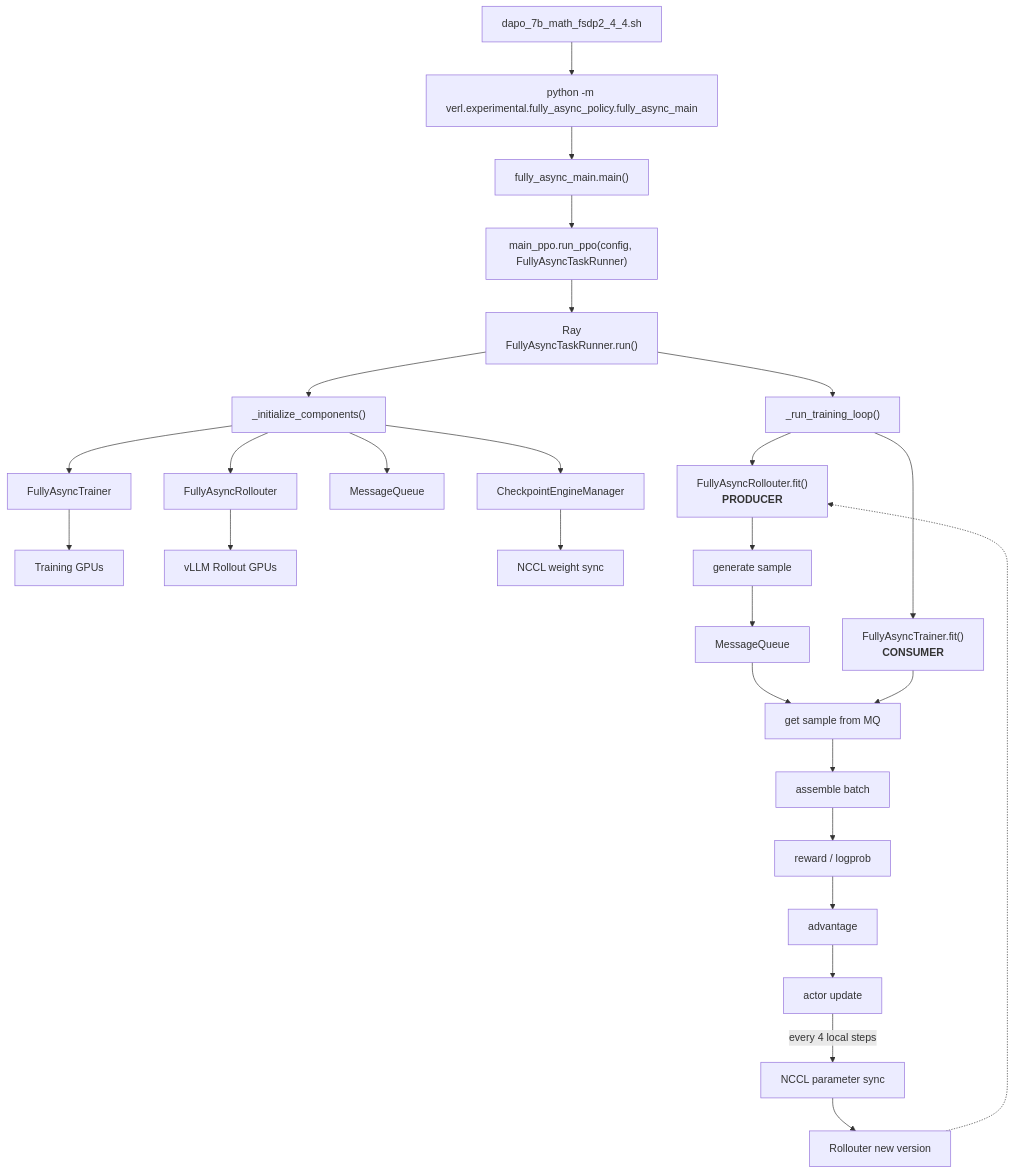
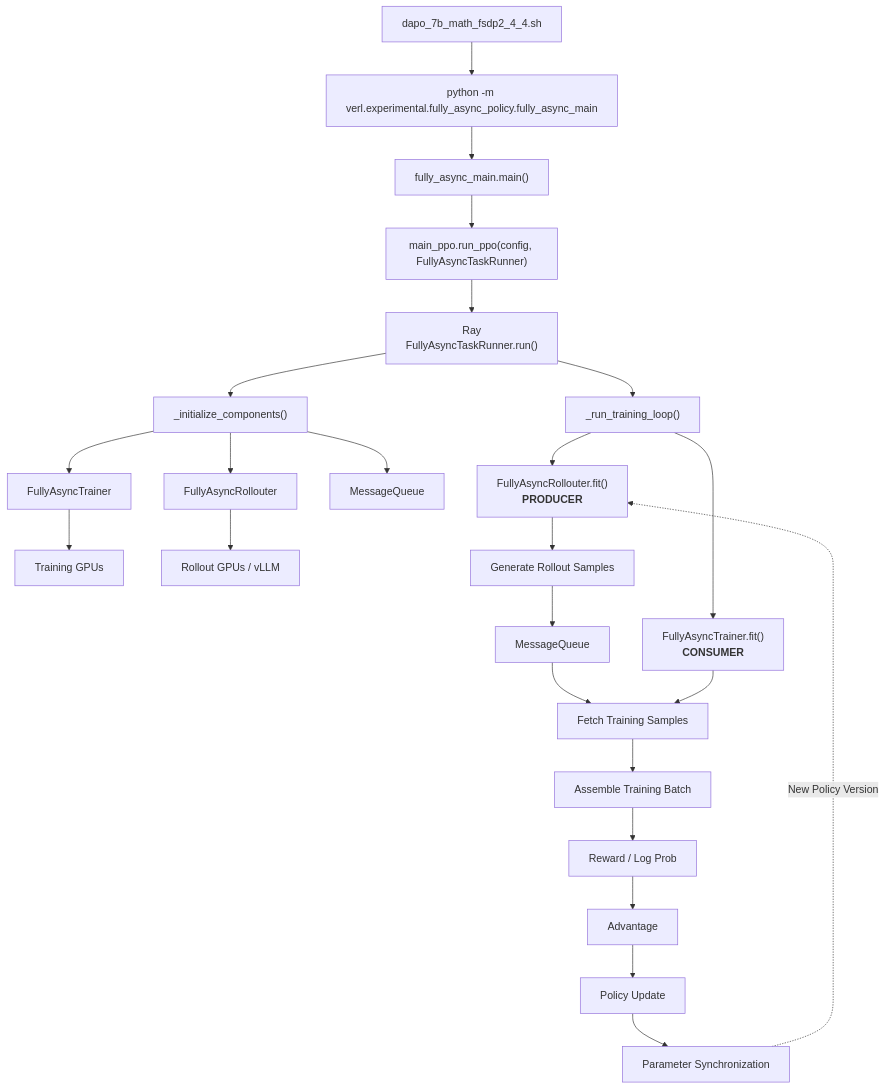
Before and after one commit to Vivicai1005/verl-rocm-tutorials: the first of 3 diagrams in fully_async_code_walkthrough.md, drawn with Mermaid. The commit also changed other lines of this file, not shown here.

````diff
--- a/fully_async_code_walkthrough.md
+++ b/fully_async_code_walkthrough.md
@@ -4,45 +6,46 @@
 ```mermaid
 flowchart TD
     A["dapo_7b_math_fsdp2_4_4.sh"]
     --> B["python -m verl.experimental.fully_async_policy.fully_async_main"]
 
     B --> C["fully_async_main.main()"]
 
     C --> D["main_ppo.run_ppo(config, FullyAsyncTaskRunner)"]
 
     D --> E["Ray<br/>FullyAsyncTaskRunner.run()"]
 
     E --> F["_initialize_components()"]
 
     F --> F1["FullyAsyncTrainer"]
     F1 --> F11["Training GPUs"]
 
     F --> F2["FullyAsyncRollouter"]
-    F2 --> F21["vLLM Rollout GPUs"]
+    F2 --> F21["Rollout GPUs / vLLM"]
 
     F --> F3["MessageQueue"]
-
-    F --> F4["CheckpointEngineManager"]
-    F4 --> F41["NCCL weight sync"]
 
     E --> G["_run_training_loop()"]
 
     G --> R["FullyAsyncRollouter.fit()<br/><b>PRODUCER</b>"]
     G --> T["FullyAsyncTrainer.fit()<br/><b>CONSUMER</b>"]
 
-    R --> R1["generate sample"]
+    R --> R1["Generate Rollout Samples"]
+
     R1 --> MQ["MessageQueue"]
 
-    MQ --> T1["get sample from MQ"]
+    MQ --> T1["Fetch Training Samples"]
 
     T --> T1
-    T1 --> T2["assemble batch"]
-    T2 --> T3["reward / logprob"]
-    T3 --> T4["advantage"]
-    T4 --> T5["actor update"]
 
-    T5 -->|"every 4 local steps"| T6["NCCL parameter sync"]
-    T6 --> T7["Rollouter new version"]
+    T1 --> T2["Assemble Training Batch"]
 
-    T7 -.-> R
+    T2 --> T3["Reward / Log Prob"]
+
+    T3 --> T4["Advantage"]
+
+    T4 --> T5["Policy Update"]
+
+    T5 --> T6["Parameter Synchronization"]
+
+    T6 -.->|"New Policy Version"| R
 ```
````
